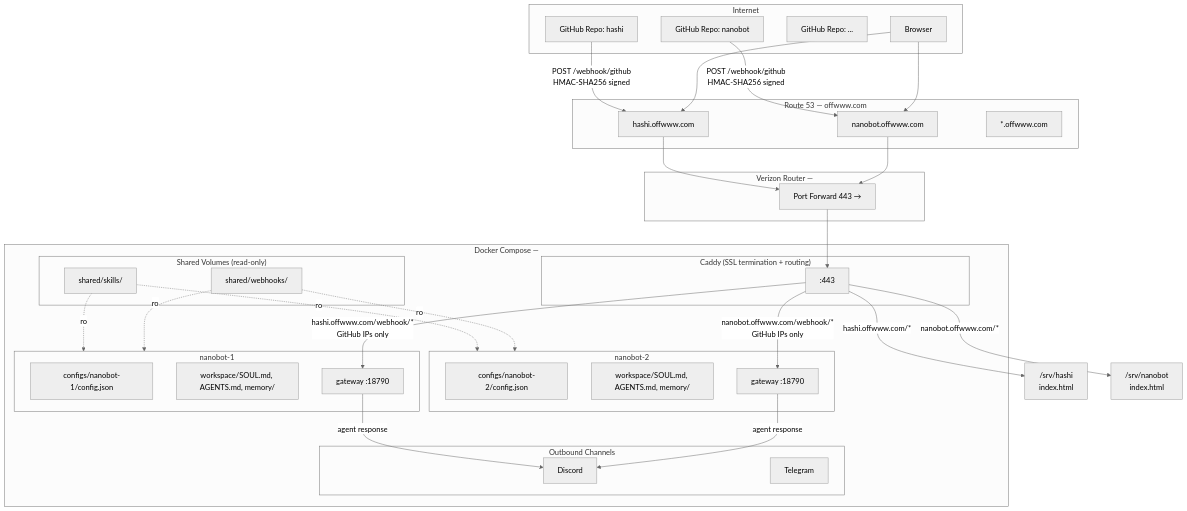
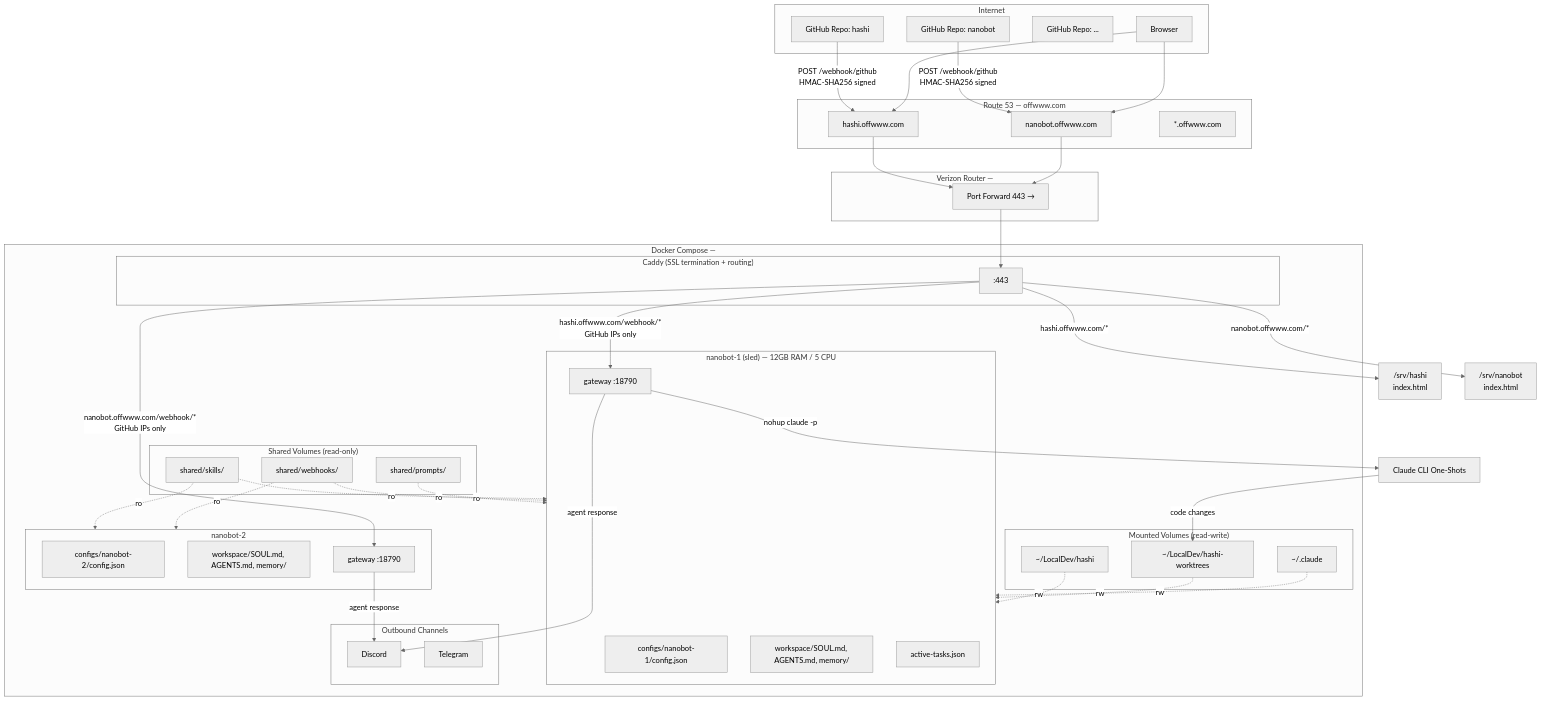
One commit to 0ZComputing/nanobot changed the first of 2 diagrams in docs/INSTANCE_SETUPS.md. Above: the diagram before and after it, drawn with Mermaid (neutral theme). The commit also changed other lines of this file, not shown here.

First line of the commit message:
docs: update instance setup and project flow documentation

````diff
--- a/docs/INSTANCE_SETUPS.md
+++ b/docs/INSTANCE_SETUPS.md
@@ -33,12 +33,20 @@
         subgraph Shared["Shared Volumes (read-only)"]
             SK[shared/skills/]
             WH[shared/webhooks/]
+            PR[shared/prompts/]
         end
 
-        subgraph N1["nanobot-1"]
+        subgraph N1["nanobot-1 (sled) — 12GB RAM / 5 CPU"]
             CFG1[configs/nanobot-1/config.json]
             WS1[workspace/SOUL.md, AGENTS.md, memory/]
             GW1[gateway :18790]
+            AT1[active-tasks.json]
+        end
+
+        subgraph Mounts["Mounted Volumes (read-write)"]
+            HASHI[~/LocalDev/hashi]
+            WT[~/LocalDev/hashi-worktrees]
+            CLAUDE[~/.claude]
         end
 
         subgraph N2["nanobot-2"]
@@ -71,7 +79,15 @@
     SK -.->|ro| N2
     WH -.->|ro| N1
     WH -.->|ro| N2
+    PR -.->|ro| N1
+
+    HASHI -.->|rw| N1
+    WT -.->|rw| N1
+    CLAUDE -.->|rw| N1
 
     GW1 -->|agent response| Discord
     GW2 -->|agent response| Discord
+
+    GW1 -->|"nohup claude -p"| Claude["Claude CLI One-Shots"]
+    Claude -->|"code changes"| WT
 ```
````
